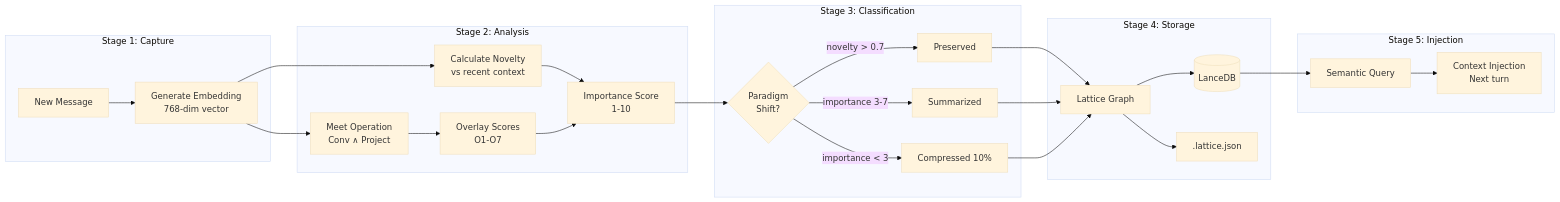
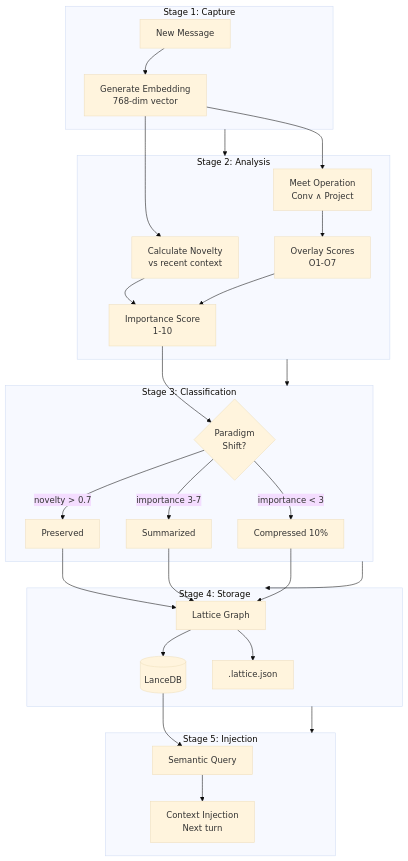
Before and after one commit to mirzahusadzic/cogx: the fourth of 11 diagrams in src/cognition-cli/SIGMA_CONTEXT_ARCHITECTURE.md, drawn with Mermaid (base theme). The commit also changed other lines of this file and 2 other files, not shown here.

````diff
--- a/src/cognition-cli/SIGMA_CONTEXT_ARCHITECTURE.md
+++ b/src/cognition-cli/SIGMA_CONTEXT_ARCHITECTURE.md
@@ -215,34 +235,39 @@
 ```mermaid
-flowchart LR
-    subgraph "Stage 1: Capture"
+flowchart TD
+    subgraph S1["Stage 1: Capture"]
         MSG[New Message] --> EMB[Generate Embedding<br/>768-dim vector]
     end
 
-    subgraph "Stage 2: Analysis"
+    subgraph S2["Stage 2: Analysis"]
         EMB --> NOV[Calculate Novelty<br/>vs recent context]
         EMB --> MEET[Meet Operation<br/>Conv ∧ Project]
         MEET --> OVL[Overlay Scores<br/>O1-O7]
         NOV --> IMP[Importance Score<br/>1-10]
         OVL --> IMP
     end
 
-    subgraph "Stage 3: Classification"
+    subgraph S3["Stage 3: Classification"]
         IMP --> PS{Paradigm<br/>Shift?}
         PS -->|novelty > 0.7| PRES[Preserved]
         PS -->|importance 3-7| SUMM[Summarized]
         PS -->|importance < 3| COMP[Compressed 10%]
     end
 
-    subgraph "Stage 4: Storage"
+    subgraph S4["Stage 4: Storage"]
         PRES --> LAT[Lattice Graph]
         SUMM --> LAT
         COMP --> LAT
         LAT --> LDB[(LanceDB)]
         LAT --> JSON[.lattice.json]
     end
 
-    subgraph "Stage 5: Injection"
+    subgraph S5["Stage 5: Injection"]
         LDB --> QUERY[Semantic Query]
         QUERY --> INJ[Context Injection<br/>Next turn]
     end
+
+    S1 --> S2
+    S2 --> S3
+    S3 --> S4
+    S4 --> S5
 ```
````
